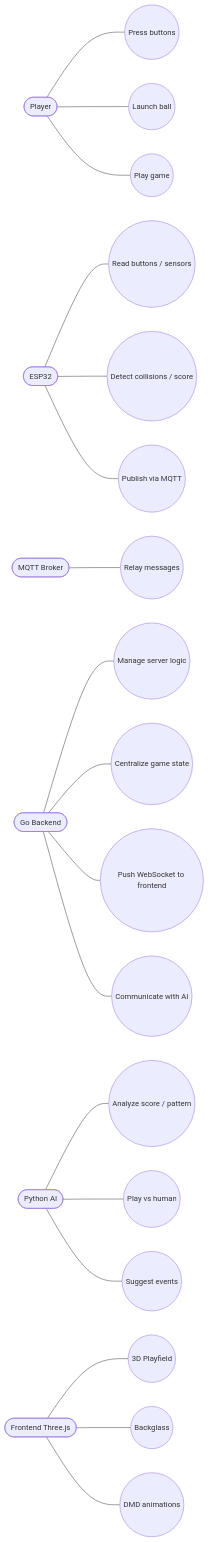
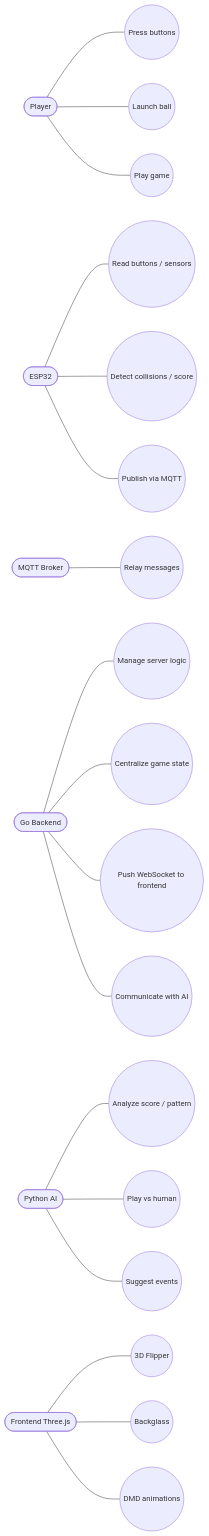
One commit to AkaTFL/Flipper changed the diagram in doc/diagrams/Use_case.md. Above: the diagram before and after it, drawn with Mermaid. The commit also changed 20 other files, not shown here.

````diff
--- a/doc/diagrams/Use_case.md
+++ b/doc/diagrams/Use_case.md
@@ -1,50 +1,50 @@
 ```mermaid
 flowchart LR
   Player([Player])
   ESP32([ESP32])
   MQTT([MQTT Broker])
   Backend([Go Backend])
   AI([Python AI])
   Frontend([Frontend Three.js])
 
   UC1((Press buttons))
   UC2((Launch ball))
   UC3((Play game))
   UC4((Read buttons / sensors))
   UC5((Detect collisions / score))
   UC6((Publish via MQTT))
   UC7((Relay messages))
   UC8((Manage server logic))
   UC9((Centralize game state))
   UC10((Push WebSocket to frontend))
   UC11((Communicate with AI))
   UC12((Analyze score / pattern))
   UC13((Play vs human))
   UC14((Suggest events))
-  UC15((3D Playfield))
+  UC15((3D Flipper))
   UC16((Backglass))
   UC17((DMD animations))
 
   Player --- UC1
   Player --- UC2
   Player --- UC3
 
   ESP32 --- UC4
   ESP32 --- UC5
   ESP32 --- UC6
 
   MQTT --- UC7
 
   Backend --- UC8
   Backend --- UC9
   Backend --- UC10
   Backend --- UC11
 
   AI --- UC12
   AI --- UC13
   AI --- UC14
 
   Frontend --- UC15
   Frontend --- UC16
   Frontend --- UC17
 ```
````
